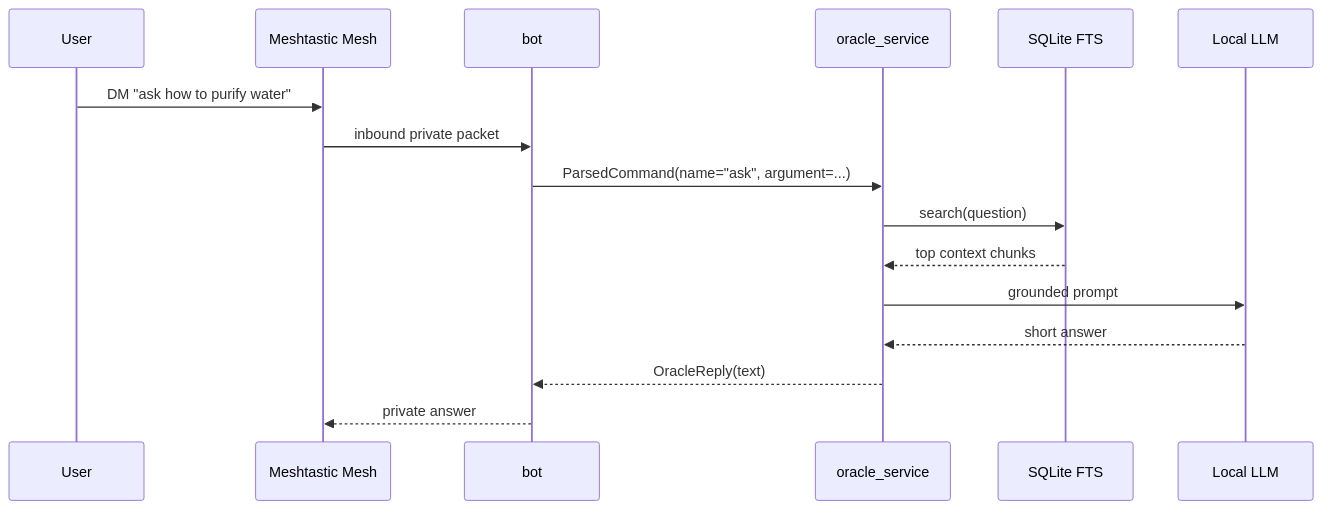
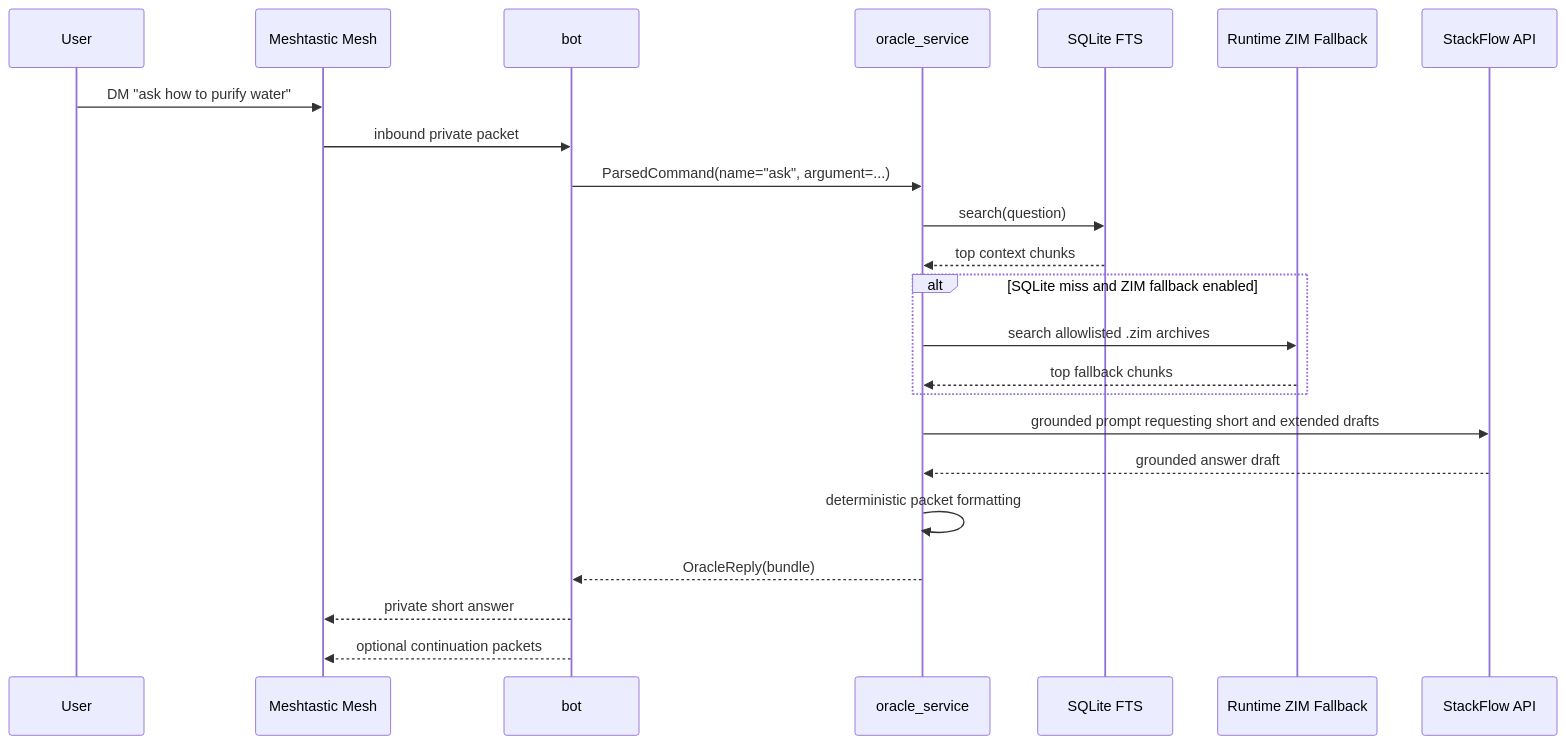
Before and after one commit to SebastianMalara/delphi-42: the first of 3 diagrams in docs/architecture/runtime_flows.md, drawn with Mermaid. The commit also changed other lines of this file and 49 other files, not shown here.

````diff
--- a/docs/architecture/runtime_flows.md
+++ b/docs/architecture/runtime_flows.md
@@ -36,19 +38,26 @@
 ```mermaid
 sequenceDiagram
   participant User
   participant Mesh as Meshtastic Mesh
   participant Bot as bot
   participant Core as oracle_service
   participant Index as SQLite FTS
-  participant LLM as Local LLM
+  participant Zim as Runtime ZIM Fallback
+  participant LLM as StackFlow API
 
   User->>Mesh: DM "ask how to purify water"
   Mesh->>Bot: inbound private packet
   Bot->>Core: ParsedCommand(name="ask", argument=...)
   Core->>Index: search(question)
   Index-->>Core: top context chunks
-  Core->>LLM: grounded prompt
-  LLM-->>Core: short answer
-  Core-->>Bot: OracleReply(text)
-  Bot-->>Mesh: private answer
+  alt SQLite miss and ZIM fallback enabled
+    Core->>Zim: search allowlisted .zim archives
+    Zim-->>Core: top fallback chunks
+  end
+  Core->>LLM: grounded prompt requesting short and extended drafts
+  LLM-->>Core: grounded answer draft
+  Core->>Core: deterministic packet formatting
+  Core-->>Bot: OracleReply(bundle)
+  Bot-->>Mesh: private short answer
+  Bot-->>Mesh: optional continuation packets
 ```
````
